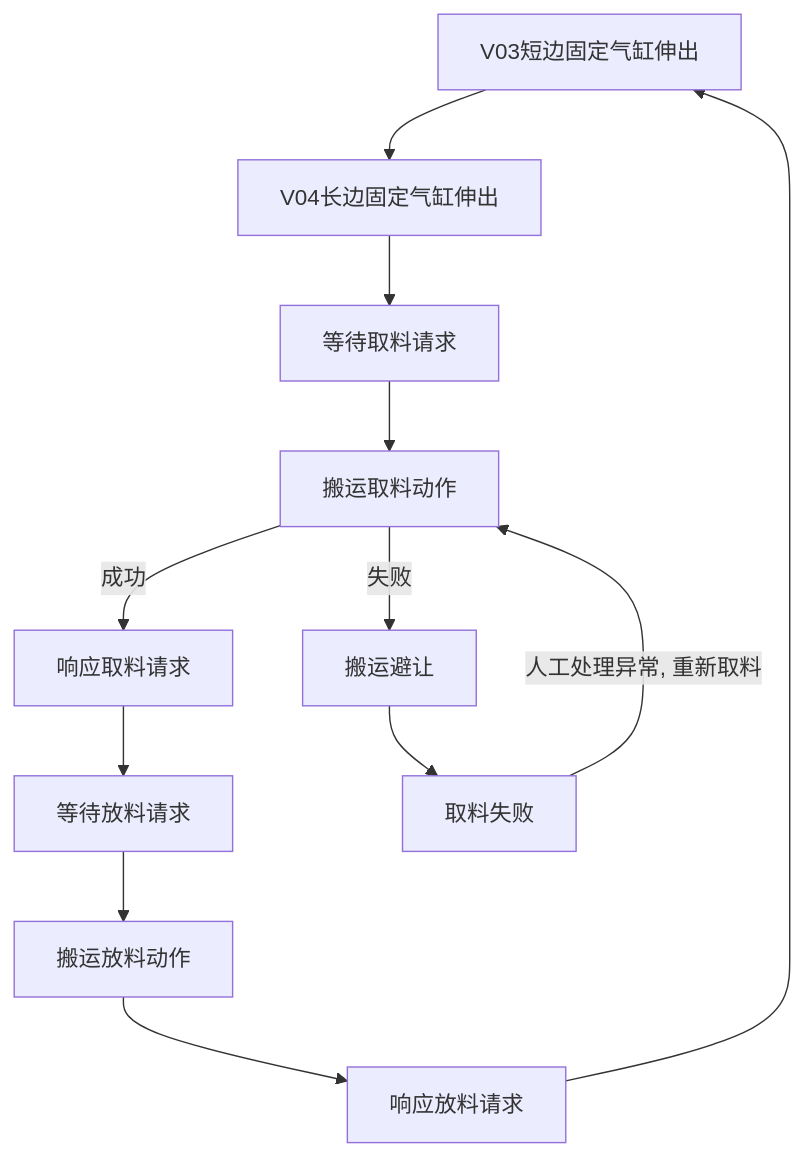
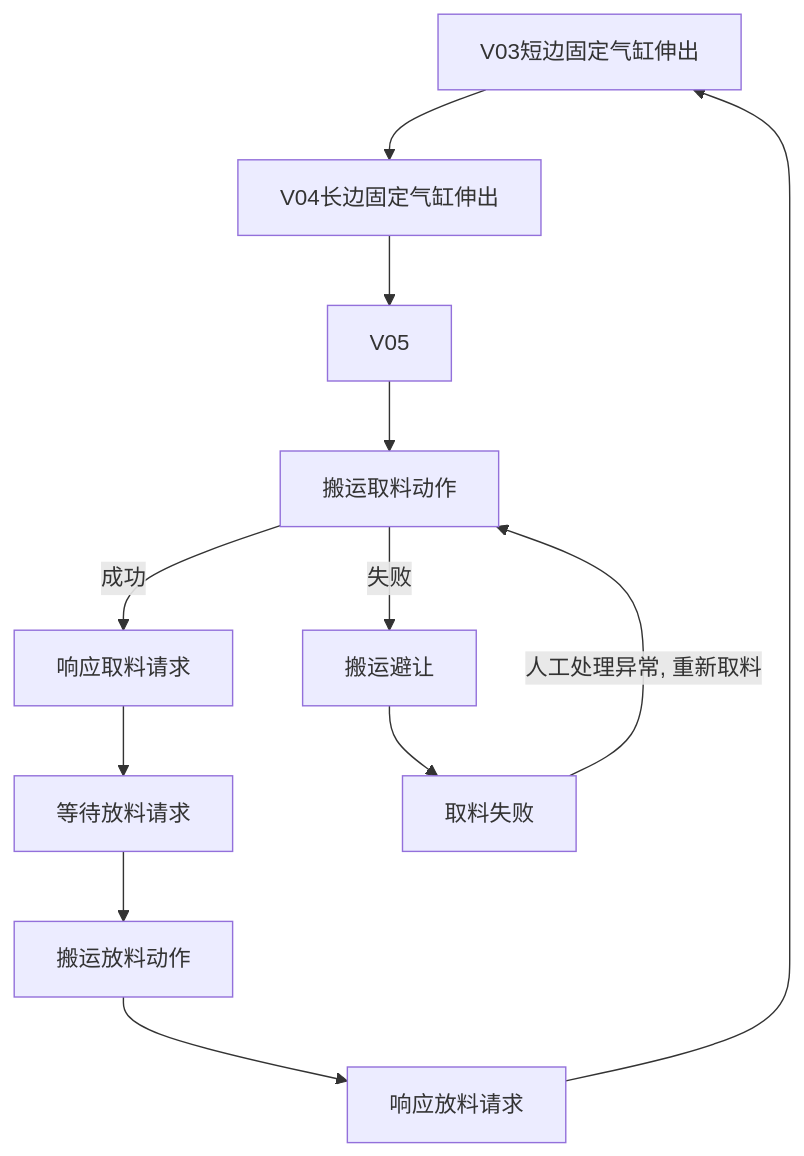
One commit to PengKun1/iodraw-files changed the diagram in all/OP10气缸固定流程.md. Above: the diagram before and after it, drawn with Mermaid.

Commit message:
2024-08-05 13:50:05 update

````diff
--- a/all/OP10气缸固定流程.md
+++ b/all/OP10气缸固定流程.md
@@ -1,17 +1,17 @@
 ```mermaid
 graph TD
 10[V03短边固定气缸伸出]-->20
 20[V04长边固定气缸伸出]-->30
-30[等待取料请求]-->40
+30[V05]-->40
 40[搬运取料动作]-->|成功|50
 40-->|失败|90
 50[响应取料请求]-->60
 60[等待放料请求]-->70
 70[搬运放料动作]-->80
 80[响应放料请求]-->10
 
 90[搬运避让]-->900
 
 900[取料失败]-->|人工处理异常, 重新取料|40
   
 ```
````
